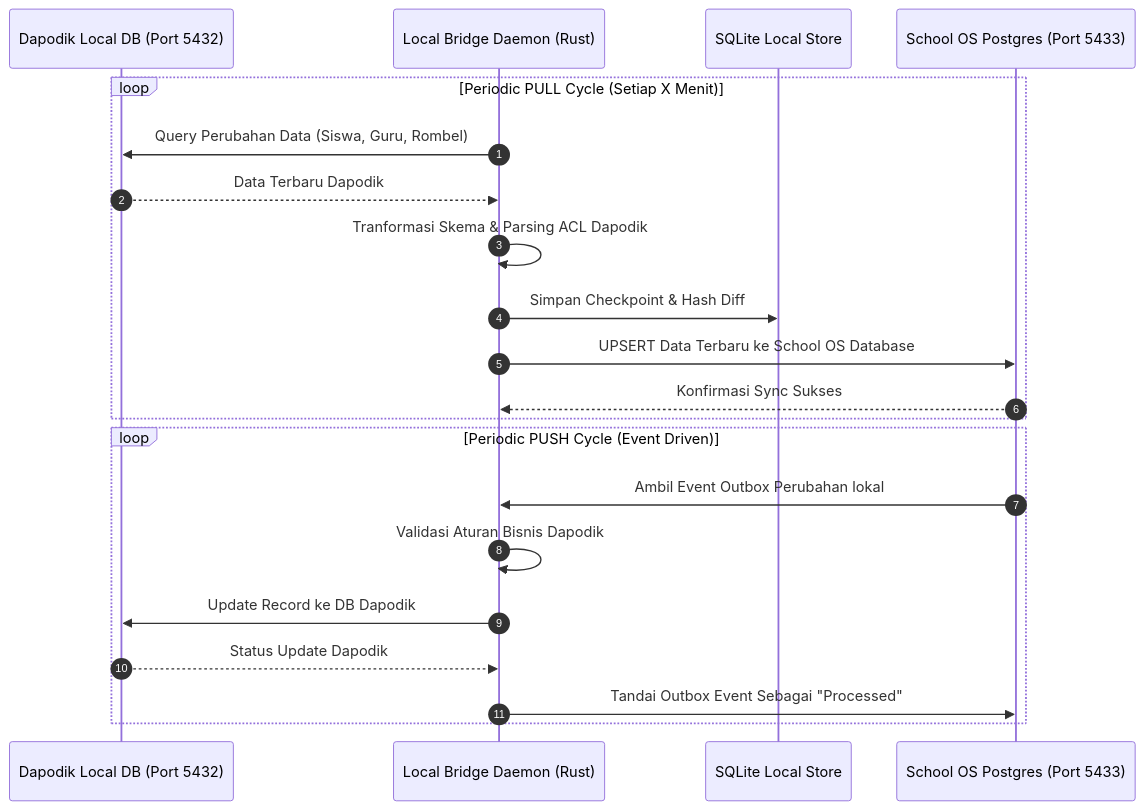
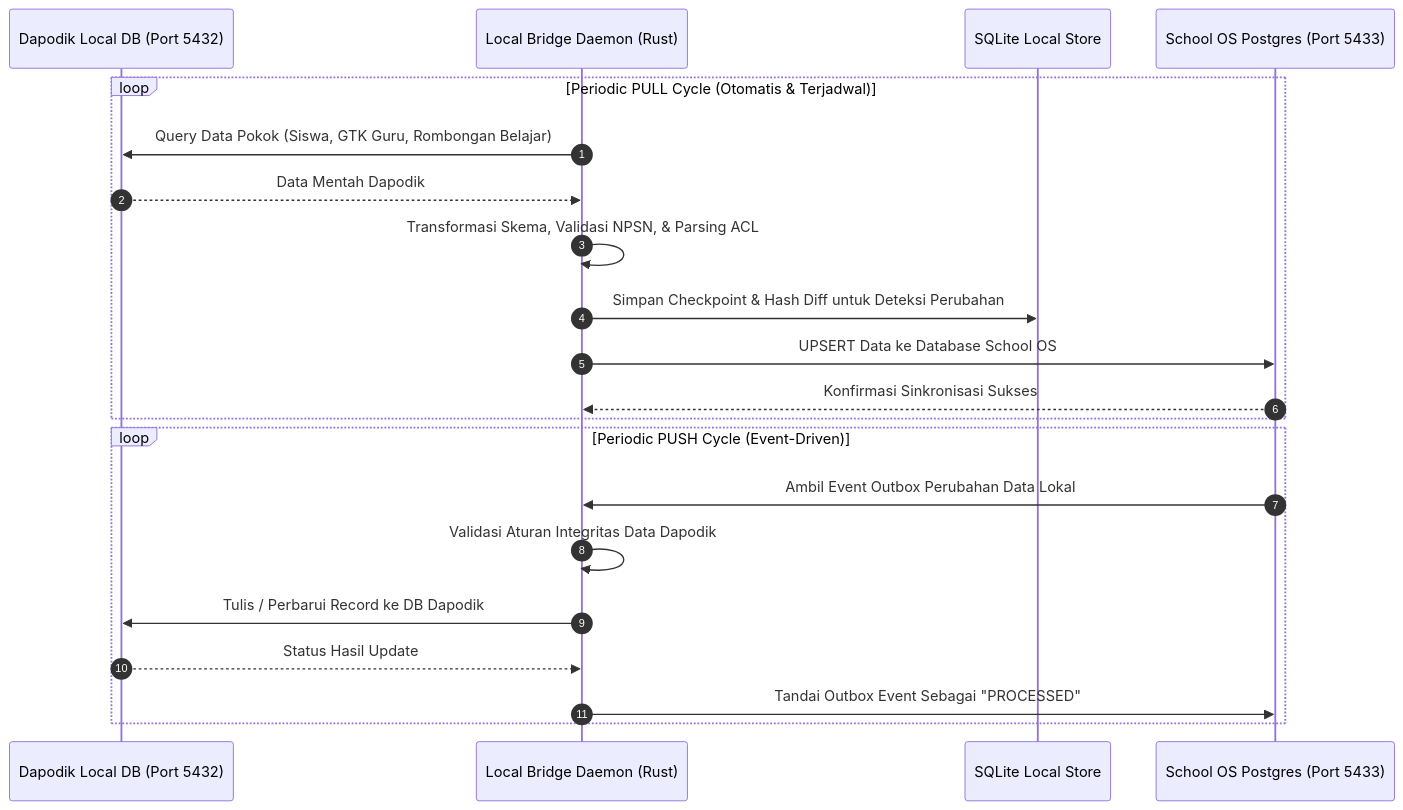
The third of 3 diagrams in docs/school_os_architecture.md (nanaasnawi/school_os), drawn with Mermaid before and after one commit. The commit also changed other lines of this file and 4 other files, not shown here.

Commit message:
docs: add system architecture documentation and new ADRs for multi-tenancy, UUID v7, and frontend FSD

````diff
--- a/docs/school_os_architecture.md
+++ b/docs/school_os_architecture.md
@@ -218,25 +316,25 @@
 ```mermaid
 sequenceDiagram
     autonumber
     participant Dapodik as Dapodik Local DB (Port 5432)
     participant Agent as Local Bridge Daemon (Rust)
     participant Cache as SQLite Local Store
     participant Server as School OS Postgres (Port 5433)
 
-    loop Periodic PULL Cycle (Setiap X Menit)
-        Agent->>Dapodik: Query Perubahan Data (Siswa, Guru, Rombel)
-        Dapodik-->>Agent: Data Terbaru Dapodik
-        Agent->>Agent: Tranformasi Skema & Parsing ACL Dapodik
-        Agent->>Cache: Simpan Checkpoint & Hash Diff
-        Agent->>Server: UPSERT Data Terbaru ke School OS Database
-        Server-->>Agent: Konfirmasi Sync Sukses
+    loop Periodic PULL Cycle (Otomatis & Terjadwal)
+        Agent->>Dapodik: Query Data Pokok (Siswa, GTK Guru, Rombongan Belajar)
+        Dapodik-->>Agent: Data Mentah Dapodik
+        Agent->>Agent: Transformasi Skema, Validasi NPSN, & Parsing ACL
+        Agent->>Cache: Simpan Checkpoint & Hash Diff untuk Deteksi Perubahan
+        Agent->>Server: UPSERT Data ke Database School OS
+        Server-->>Agent: Konfirmasi Sinkronisasi Sukses
     end
 
-    loop Periodic PUSH Cycle (Event Driven)
-        Server->>Agent: Ambil Event Outbox Perubahan lokal
-        Agent->>Agent: Validasi Aturan Bisnis Dapodik
-        Agent->>Dapodik: Update Record ke DB Dapodik
-        Dapodik-->>Agent: Status Update Dapodik
-        Agent->>Server: Tandai Outbox Event Sebagai "Processed"
+    loop Periodic PUSH Cycle (Event-Driven)
+        Server->>Agent: Ambil Event Outbox Perubahan Data Lokal
+        Agent->>Agent: Validasi Aturan Integritas Data Dapodik
+        Agent->>Dapodik: Tulis / Perbarui Record ke DB Dapodik
+        Dapodik-->>Agent: Status Hasil Update
+        Agent->>Server: Tandai Outbox Event Sebagai "PROCESSED"
     end
 ```
````
